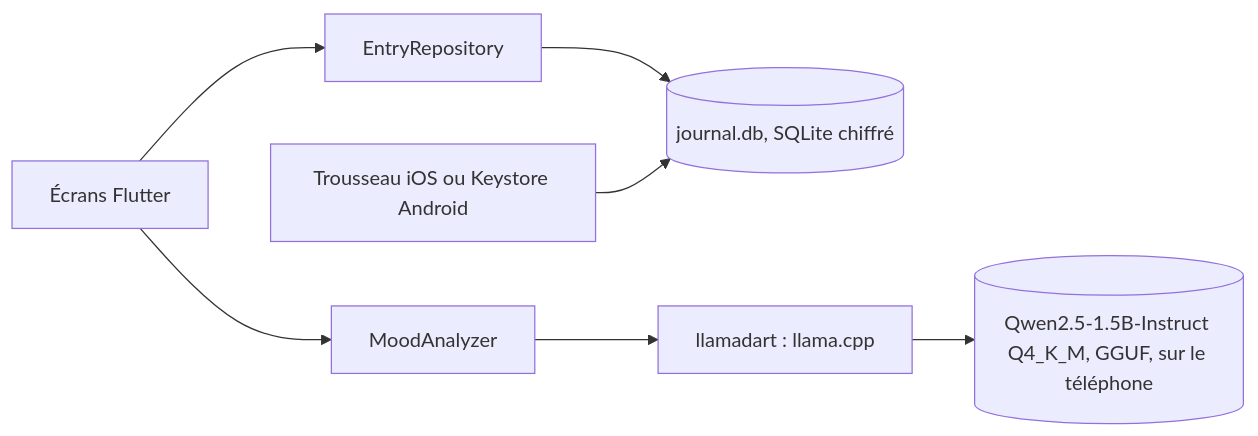
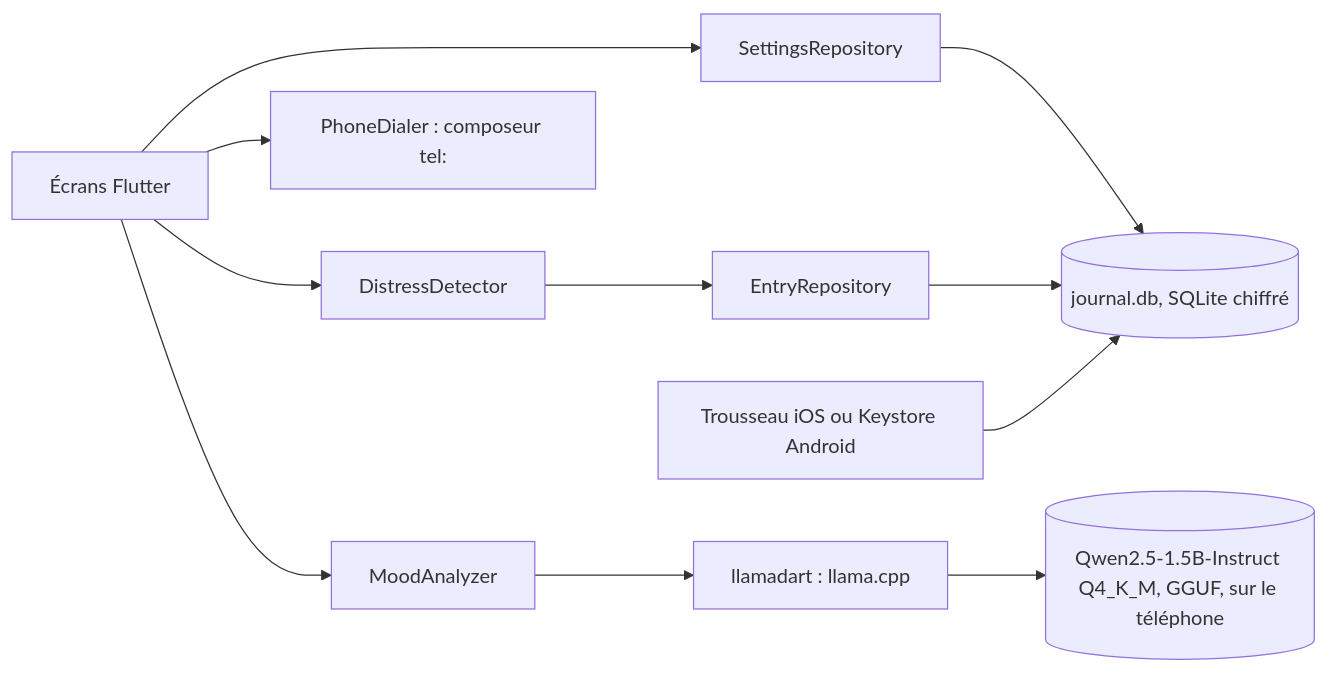
The first of 2 diagrams in docs/architecture-technique.md (yanis-vroland/Tidemark), drawn with Mermaid before and after one commit. The commit also changed other lines of this file and 23 other files, not shown here.

````diff
--- a/docs/architecture-technique.md
+++ b/docs/architecture-technique.md
@@ -11,9 +11,13 @@
 ```mermaid
 flowchart LR
-  ui[Écrans Flutter] --> repo[EntryRepository]
+  ui[Écrans Flutter] --> guard[DistressDetector]
+  guard --> repo[EntryRepository]
+  ui --> settings[SettingsRepository]
+  settings --> db
+  ui --> dialer[PhoneDialer : composeur tel:]
   repo --> db[(journal.db, SQLite chiffré)]
   key[Trousseau iOS ou Keystore Android] --> db
   ui --> analyzer[MoodAnalyzer]
   analyzer --> engine[llamadart : llama.cpp]
   engine --> model[(Qwen2.5-1.5B-Instruct Q4_K_M, GGUF, sur le téléphone)]
 ```
````
